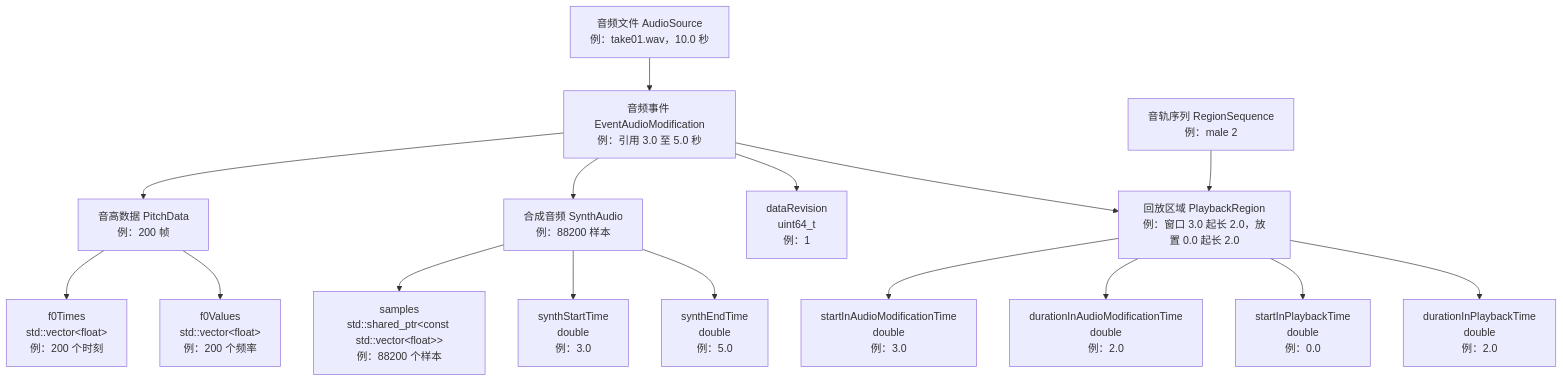
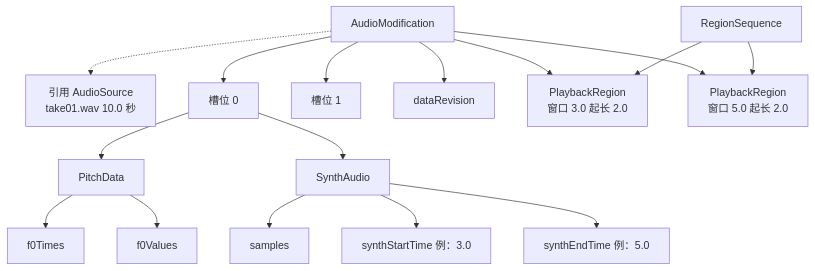
The diagram in docs/data-structure.md (Da1sypetals/deepsvc), drawn with Mermaid before and after one commit. The commit also changed other lines of this file and 33 other files, not shown here.

````diff
--- a/docs/data-structure.md
+++ b/docs/data-structure.md
@@ -40,18 +50,18 @@
 ```mermaid
 graph TD
-    Source["音频文件 AudioSource<br/>例：take01.wav，10.0 秒"] --> Event["音频事件 EventAudioModification<br/>例：引用 3.0 至 5.0 秒"]
-    Event --> Pitch["音高数据 PitchData<br/>例：200 帧"]
-    Event --> Synth["合成音频 SynthAudio<br/>例：88200 样本"]
-    Event --> Revision["dataRevision<br/>uint64_t<br/>例：1"]
-    Event --> Region["回放区域 PlaybackRegion<br/>例：窗口 3.0 起长 2.0，放置 0.0 起长 2.0"]
-    Seq["音轨序列 RegionSequence<br/>例：male 2"] --> Region
-    Pitch --> FT["f0Times<br/>std::vector&lt;float&gt;<br/>例：200 个时刻"]
-    Pitch --> FV["f0Values<br/>std::vector&lt;float&gt;<br/>例：200 个频率"]
-    Synth --> SM["samples<br/>std::shared_ptr&lt;const std::vector&lt;float&gt;&gt;<br/>例：88200 个样本"]
-    Synth --> ST["synthStartTime<br/>double<br/>例：3.0"]
-    Synth --> SE["synthEndTime<br/>double<br/>例：5.0"]
-    Region --> WS["startInAudioModificationTime<br/>double<br/>例：3.0"]
-    Region --> WD["durationInAudioModificationTime<br/>double<br/>例：2.0"]
-    Region --> PS["startInPlaybackTime<br/>double<br/>例：0.0"]
-    Region --> PD["durationInPlaybackTime<br/>double<br/>例：2.0"]
+    Mod["AudioModification"] -.-> Source["引用 AudioSource<br/>take01.wav 10.0 秒"]
+    Mod --> Slot0["槽位 0"]
+    Mod --> Slot1["槽位 1"]
+    Mod --> Revision["dataRevision"]
+    Slot0 --> Pitch["PitchData"]
+    Slot0 --> Synth["SynthAudio"]
+    Pitch --> FT["f0Times"]
+    Pitch --> FV["f0Values"]
+    Synth --> SM["samples"]
+    Synth --> ST["synthStartTime 例：3.0"]
+    Synth --> SE["synthEndTime 例：5.0"]
+    Mod --> R1["PlaybackRegion<br/>窗口 3.0 起长 2.0"]
+    Mod --> R2["PlaybackRegion<br/>窗口 5.0 起长 2.0"]
+    Seq["RegionSequence"] --> R1
+    Seq --> R2
 ```
````
